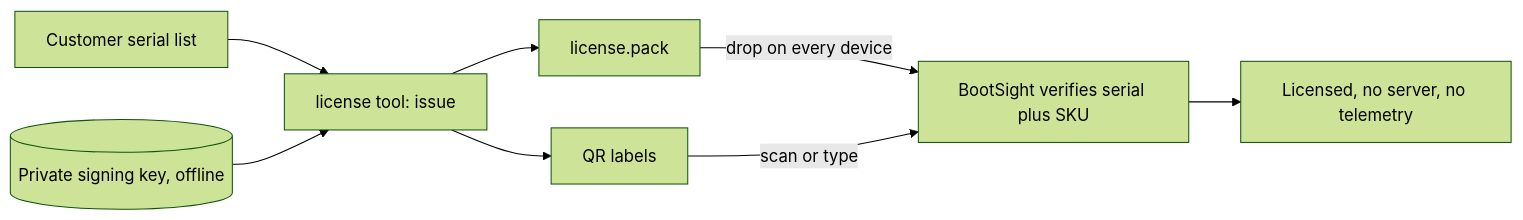
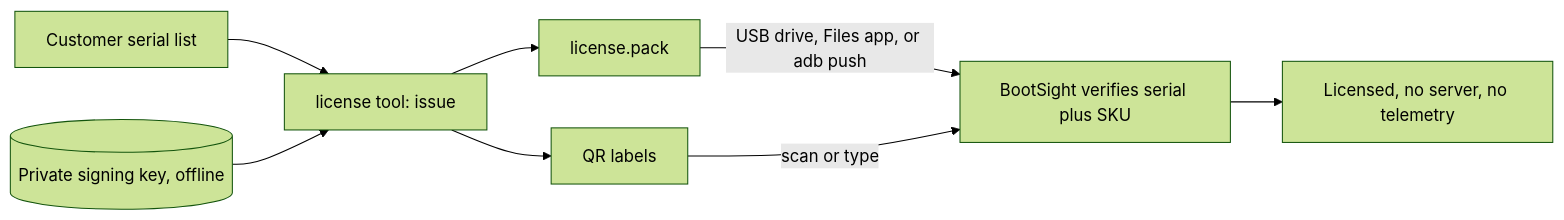
One commit to Bliss-Bass/Documentation changed the diagram in development/bootsight-offline-licensing.md. Above: the diagram before and after it, drawn with Mermaid (forest theme). The commit also changed other lines of this file and 1 other file, not shown here.

Commit message:
Document USB drive / Files app offline activation methods.

````diff
--- a/development/bootsight-offline-licensing.md
+++ b/development/bootsight-offline-licensing.md
@@ -19,10 +19,10 @@
 ```mermaid
 flowchart LR
     Serials[Customer serial list] --> Tool[license tool: issue]
     Key[(Private signing key, offline)] --> Tool
     Tool --> Pack[license.pack]
     Tool --> Labels[QR labels]
-    Pack -->|drop on every device| Device[BootSight verifies serial plus SKU]
+    Pack -->|USB drive, Files app, or adb push| Device[BootSight verifies serial plus SKU]
     Labels -->|scan or type| Device
     Device --> Licensed[Licensed, no server, no telemetry]
 ```
````
